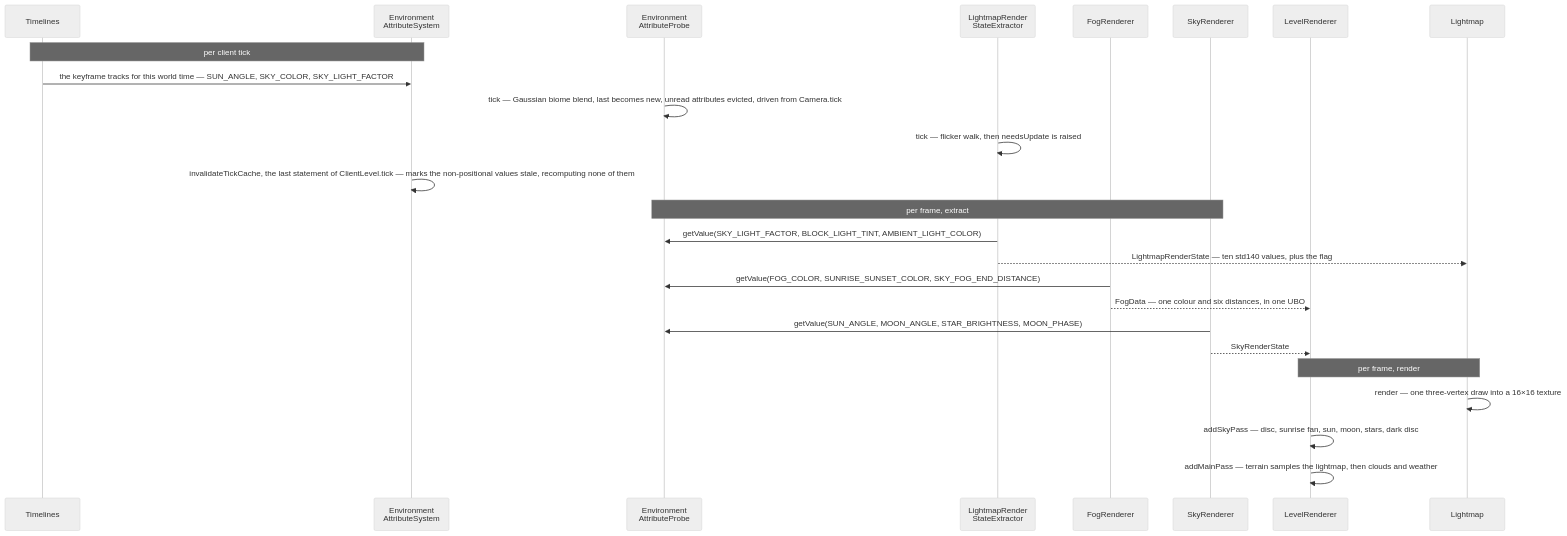
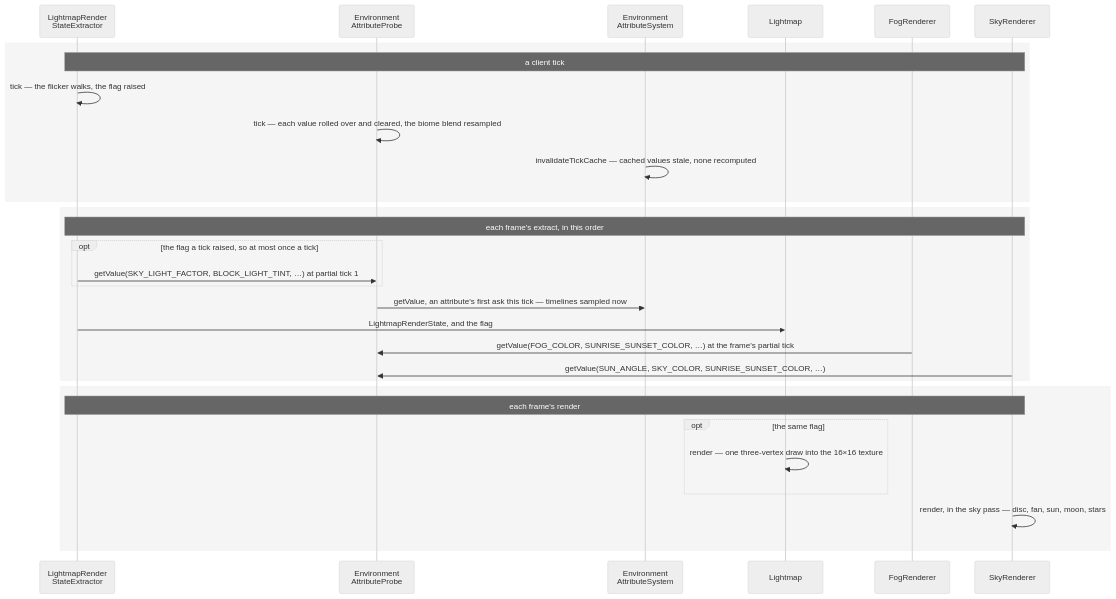
One commit to AlexanderjFraser/MinecraftDocs changed the diagram in src/systems/rendering/lightmap-fog-and-sky.md. Above: the diagram before and after it, drawn with Mermaid (neutral theme). The commit also changed other lines of this file and 18 other files, not shown here.

````diff
--- a/src/systems/rendering/lightmap-fog-and-sky.md
+++ b/src/systems/rendering/lightmap-fog-and-sky.md
@@ -93,30 +93,33 @@
 ```mermaid
 sequenceDiagram
-    participant Time as Timelines
+    participant LRSE as LightmapRender<br/>StateExtractor
+    participant EAP as Environment<br/>AttributeProbe
     participant EAS as Environment<br/>AttributeSystem
-    participant EAP as Environment<br/>AttributeProbe
-    participant LRSE as LightmapRender<br/>StateExtractor
+    participant LM as Lightmap
     participant FR as FogRenderer
     participant SR as SkyRenderer
-    participant LR as LevelRenderer
-    participant LM as Lightmap
 
-    Note over Time,EAS: per client tick
-    Time->>EAS: the keyframe tracks for this world time — SUN_ANGLE, SKY_COLOR, SKY_LIGHT_FACTOR
-    EAP->>EAP: tick — Gaussian biome blend, last becomes new, unread attributes evicted, driven from Camera.tick
-    LRSE->>LRSE: tick — flicker walk, then needsUpdate is raised
-    EAS->>EAS: invalidateTickCache, the last statement of ClientLevel.tick — marks the non-positional values stale, recomputing none of them
-
-    Note over EAP,SR: per frame, extract
-    LRSE->>EAP: getValue(SKY_LIGHT_FACTOR, BLOCK_LIGHT_TINT, AMBIENT_LIGHT_COLOR)
-    LRSE-->>LM: LightmapRenderState — ten std140 values, plus the flag
-    FR->>EAP: getValue(FOG_COLOR, SUNRISE_SUNSET_COLOR, SKY_FOG_END_DISTANCE)
-    FR-->>LR: FogData — one colour and six distances, in one UBO
-    SR->>EAP: getValue(SUN_ANGLE, MOON_ANGLE, STAR_BRIGHTNESS, MOON_PHASE)
-    SR-->>LR: SkyRenderState
-
-    Note over LM,LR: per frame, render
-    LM->>LM: render — one three-vertex draw into a 16×16 texture
-    LR->>LR: addSkyPass — disc, sunrise fan, sun, moon, stars, dark disc
-    LR->>LR: addMainPass — terrain samples the lightmap, then clouds and weather
+    rect rgba(0, 0, 0, 0.04)
+    Note over LRSE,SR: a client tick
+    LRSE->>LRSE: tick — the flicker walks, the flag raised
+    EAP->>EAP: tick — each value rolled over and cleared, the biome blend resampled
+    EAS->>EAS: invalidateTickCache — cached values stale, none recomputed
+    end
+    rect rgba(0, 0, 0, 0.04)
+    Note over LRSE,SR: each frame's extract, in this order
+    opt the flag a tick raised, so at most once a tick
+        LRSE->>EAP: getValue(SKY_LIGHT_FACTOR, BLOCK_LIGHT_TINT, …) at partial tick 1
+    end
+    EAP->>EAS: getValue, an attribute's first ask this tick — timelines sampled now
+    LRSE->>LM: LightmapRenderState, and the flag
+    FR->>EAP: getValue(FOG_COLOR, SUNRISE_SUNSET_COLOR, …) at the frame's partial tick
+    SR->>EAP: getValue(SUN_ANGLE, SKY_COLOR, SUNRISE_SUNSET_COLOR, …)
+    end
+    rect rgba(0, 0, 0, 0.04)
+    Note over LRSE,SR: each frame's render
+    opt the same flag
+        LM->>LM: render — one three-vertex draw into the 16×16 texture
+    end
+    SR->>SR: render, in the sky pass — disc, fan, sun, moon, stars
+    end
 ```
````
